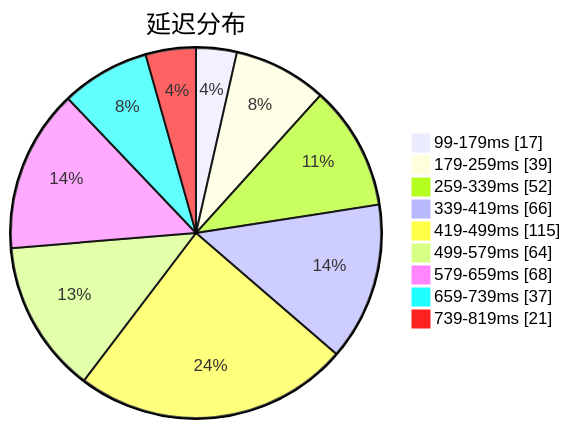
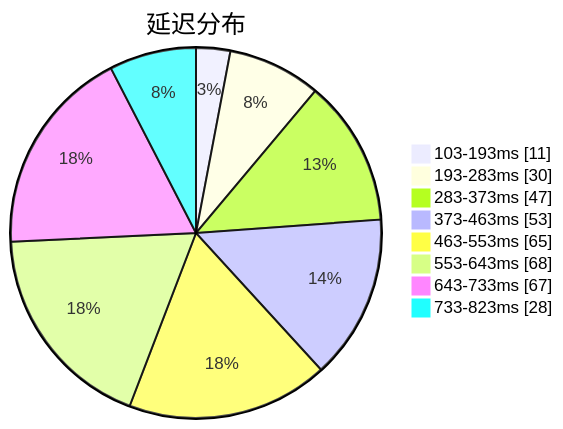
One commit to sinspired/airport changed the first of 3 diagrams in subs/statistics/tested_within.md. Above: the diagram before and after it, drawn with Mermaid. The commit also changed other lines of this file and 2 other files, not shown here.

````diff
--- a/subs/statistics/tested_within.md
+++ b/subs/statistics/tested_within.md
@@ -2,13 +2,12 @@
 ```mermaid
 pie showData
 title 延迟分布
-"99-179ms" : 17
-"179-259ms" : 39
-"259-339ms" : 52
-"339-419ms" : 66
-"419-499ms" : 115
-"499-579ms" : 64
-"579-659ms" : 68
-"659-739ms" : 37
-"739-819ms" : 21
+"103-193ms" : 11
+"193-283ms" : 30
+"283-373ms" : 47
+"373-463ms" : 53
+"463-553ms" : 65
+"553-643ms" : 68
+"643-733ms" : 67
+"733-823ms" : 28
 ```
````
